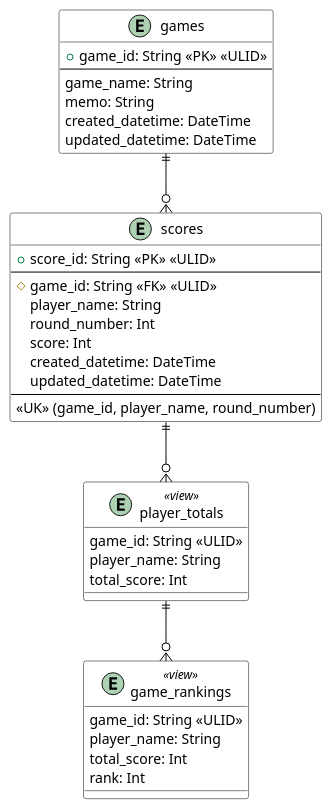
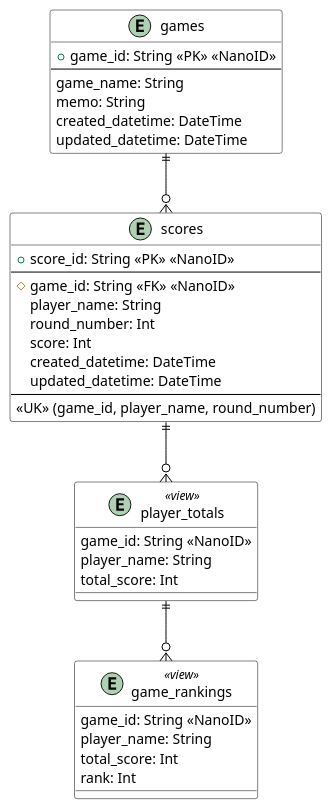
The diagram in docs/er-diagram.puml (Mayoneeeez/tokutenban), drawn with PlantUML before and after one commit. The commit also changed 3 other files, not shown here.

```diff
--- a/docs/er-diagram.puml
+++ b/docs/er-diagram.puml
@@ -1,53 +1,53 @@
 @startuml ER Diagram
 
 ' Styling
 skinparam linetype ortho
 skinparam class {
     BackgroundColor White
     BorderColor Black
     ArrowColor Black
 }
 
 ' Tables
 entity "games" as games {
-    + game_id: String <<PK>> <<ULID>>
+    + game_id: String <<PK>> <<NanoID>>
     --
     game_name: String
     memo: String
     created_datetime: DateTime
     updated_datetime: DateTime
 }
 
 entity "scores" as scores {
-    + score_id: String <<PK>> <<ULID>>
+    + score_id: String <<PK>> <<NanoID>>
     --
-    # game_id: String <<FK>> <<ULID>>
+    # game_id: String <<FK>> <<NanoID>>
     player_name: String
     round_number: Int
     score: Int
     created_datetime: DateTime
     updated_datetime: DateTime
     --
     <<UK>> (game_id, player_name, round_number)
 }
 
 ' Views
 entity "player_totals" as player_totals <<view>> {
-    game_id: String <<ULID>>
+    game_id: String <<NanoID>>
     player_name: String
     total_score: Int
 }
 
 entity "game_rankings" as game_rankings <<view>> {
-    game_id: String <<ULID>>
+    game_id: String <<NanoID>>
     player_name: String
     total_score: Int
     rank: Int
 }
 
 ' Relationships
 games ||--o{ scores
 scores ||--o{ player_totals
 player_totals ||--o{ game_rankings
 
 @enduml 
```
